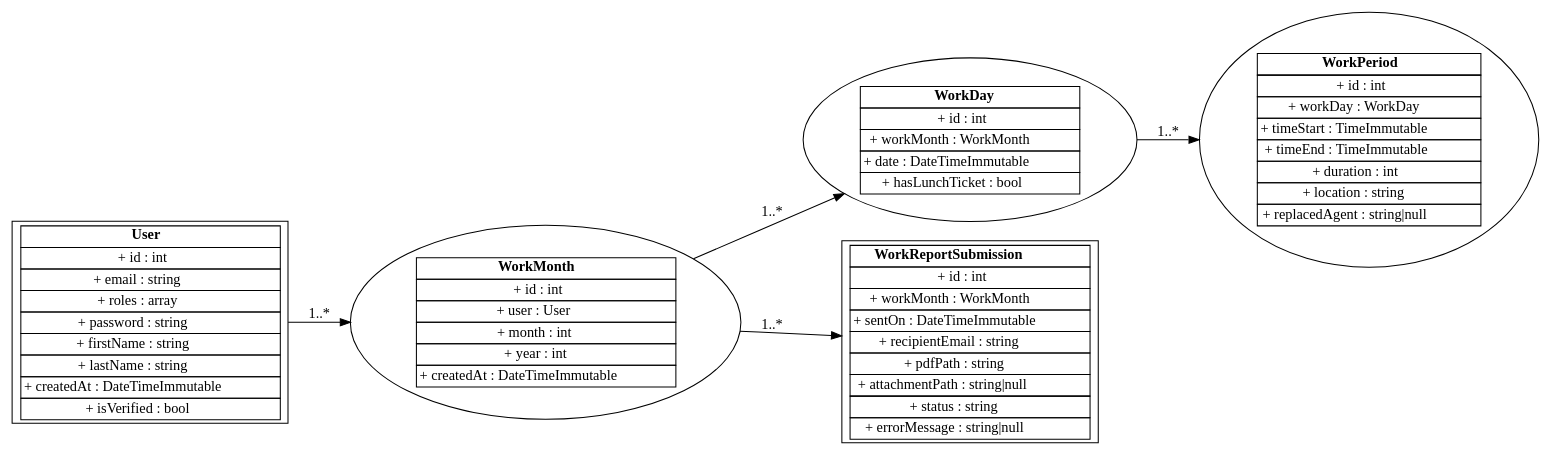
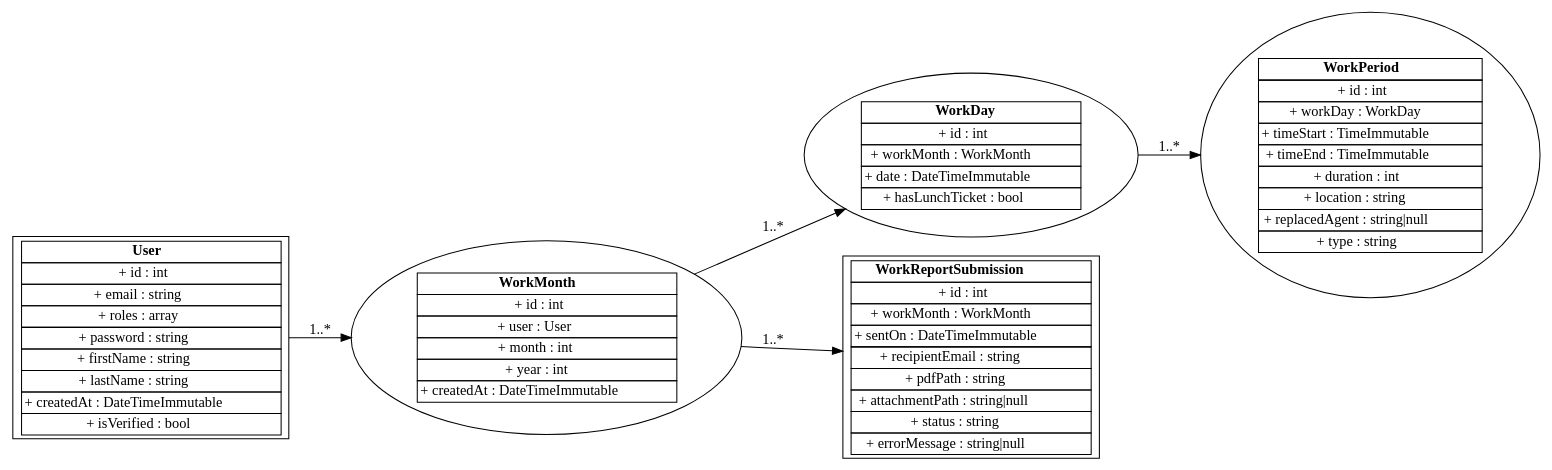
One commit to marcRaes/timeBoard changed the diagram in docs/uml/structure.dot. Above: the diagram before and after it, drawn with Graphviz. The commit also changed 2 other files, not shown here.

Commit message:
docs(uml): update TimeBoard schema with type field in WorkPeriod
- added `type` attribute to WorkPeriod entity
- introduced WorkPeriodType enum (work / meeting_training)
- updated relations in the UML diagram

```diff
--- a/docs/uml/structure.dot
+++ b/docs/uml/structure.dot
@@ -1,55 +1,56 @@
 // UML - TimeBoard
 digraph {
 	fontsize=12 rankdir=LR
 	User [label=<<TABLE BORDER="0" CELLBORDER="1" CELLSPACING="0">
 <TR><TD COLSPAN="2"><B>User</B></TD></TR>
 <TR><TD>+ id : int</TD></TR>
 <TR><TD>+ email : string</TD></TR>
 <TR><TD>+ roles : array</TD></TR>
 <TR><TD>+ password : string</TD></TR>
 <TR><TD>+ firstName : string</TD></TR>
 <TR><TD>+ lastName : string</TD></TR>
 <TR><TD>+ createdAt : DateTimeImmutable</TD></TR>
 <TR><TD>+ isVerified : bool</TD></TR>
 </TABLE>> shape=record]
 	WorkMonth [label=<<TABLE BORDER="0" CELLBORDER="1" CELLSPACING="0">
 <TR><TD COLSPAN="2"><B>WorkMonth</B></TD></TR>
 <TR><TD>+ id : int</TD></TR>
 <TR><TD>+ user : User</TD></TR>
 <TR><TD>+ month : int</TD></TR>
 <TR><TD>+ year : int</TD></TR>
 <TR><TD>+ createdAt : DateTimeImmutable</TD></TR>
 </TABLE>>]
 	WorkDay [label=<<TABLE BORDER="0" CELLBORDER="1" CELLSPACING="0">
 <TR><TD COLSPAN="2"><B>WorkDay</B></TD></TR>
 <TR><TD>+ id : int</TD></TR>
 <TR><TD>+ workMonth : WorkMonth</TD></TR>
 <TR><TD>+ date : DateTimeImmutable</TD></TR>
 <TR><TD>+ hasLunchTicket : bool</TD></TR>
 </TABLE>>]
 	WorkPeriod [label=<<TABLE BORDER="0" CELLBORDER="1" CELLSPACING="0">
 <TR><TD COLSPAN="2"><B>WorkPeriod</B></TD></TR>
 <TR><TD>+ id : int</TD></TR>
 <TR><TD>+ workDay : WorkDay</TD></TR>
 <TR><TD>+ timeStart : TimeImmutable</TD></TR>
 <TR><TD>+ timeEnd : TimeImmutable</TD></TR>
 <TR><TD>+ duration : int</TD></TR>
 <TR><TD>+ location : string</TD></TR>
 <TR><TD>+ replacedAgent : string&#124;null</TD></TR>
+<TR><TD>+ type : string</TD></TR>
 </TABLE>>]
 	WorkReportSubmission [label=<<TABLE BORDER="0" CELLBORDER="1" CELLSPACING="0">
 <TR><TD COLSPAN="2"><B>WorkReportSubmission</B></TD></TR>
 <TR><TD>+ id : int</TD></TR>
 <TR><TD>+ workMonth : WorkMonth</TD></TR>
 <TR><TD>+ sentOn : DateTimeImmutable</TD></TR>
 <TR><TD>+ recipientEmail : string</TD></TR>
 <TR><TD>+ pdfPath : string</TD></TR>
 <TR><TD>+ attachmentPath : string&#124;null</TD></TR>
 <TR><TD>+ status : string</TD></TR>
 <TR><TD>+ errorMessage : string&#124;null</TD></TR>
 </TABLE>> shape=record]
 	User -> WorkMonth [label="1..*"]
 	WorkMonth -> WorkDay [label="1..*"]
 	WorkDay -> WorkPeriod [label="1..*"]
 	WorkMonth -> WorkReportSubmission [label="1..*"]
 }
```
